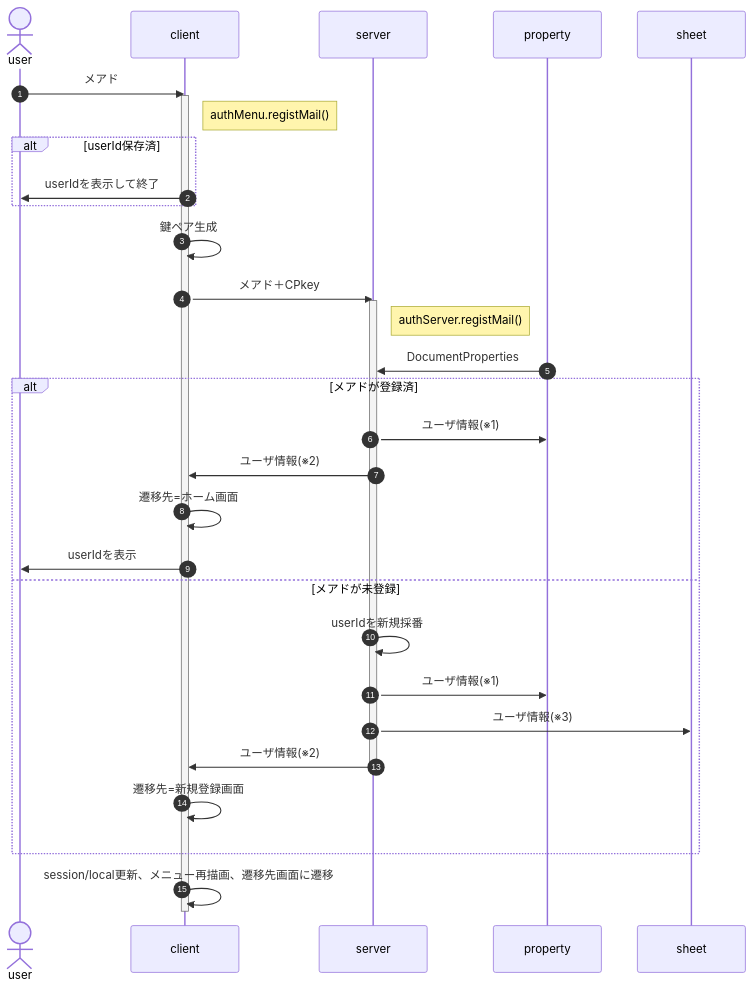
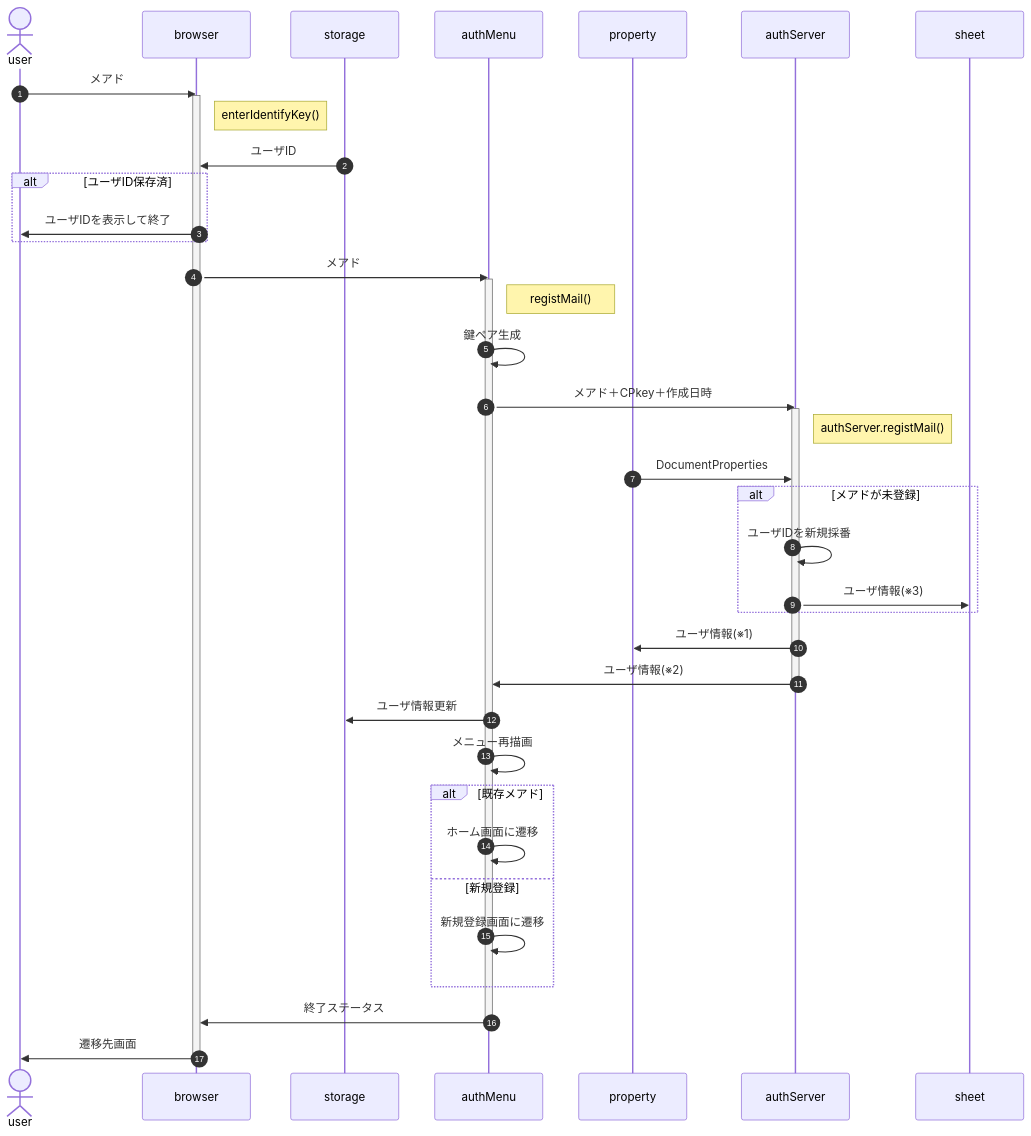
Before and after one commit to nakaone/library: the diagram in authMenu/1.0.0/doc/entry.md, drawn with Mermaid. The commit also changed other lines of this file and 1 other file, not shown here.

Commit message:
新規登録の手順を見直し

````diff
--- a/authMenu/1.0.0/doc/entry.md
+++ b/authMenu/1.0.0/doc/entry.md
@@ -5,36 +5,46 @@
 ```mermaid
 sequenceDiagram
   autonumber
   actor user
-  participant client
-  participant server
+  participant browser
+  participant storage
+  participant client as authMenu
   participant property
+  participant server as authServer
   participant sheet
 
-  user ->> client : メアド
+  user ->> browser : メアド
+  activate browser
+  Note right of browser : enterIdentifyKey()
+  storage ->> browser : ユーザID
+  alt ユーザID保存済
+    browser ->> user : ユーザIDを表示して終了
+  end
+  browser ->> client : メアド
   activate client
-  Note right of client : authMenu.registMail()
-  alt userId保存済
-    client ->> user : userIdを表示して終了
-  end
+  Note right of client : registMail()
   client ->> client : 鍵ペア生成
-  client ->> server : メアド＋CPkey
+  client ->> server : メアド＋CPkey＋作成日時
   activate server
   Note right of server : authServer.registMail()
   property ->> server : DocumentProperties
-  alt メアドが登録済
-    server ->> property : ユーザ情報(※1)
-    server ->> client : ユーザ情報(※2)
-    client ->> client : 遷移先=ホーム画面
-    client ->> user : userIdを表示
-  else メアドが未登録
-    server ->> server : userIdを新規採番
-    server ->> property : ユーザ情報(※1)
+  alt メアドが未登録
+    server ->> server : ユーザIDを新規採番
     server ->> sheet : ユーザ情報(※3)
-    server ->> client : ユーザ情報(※2)
-    deactivate server
-    client ->> client : 遷移先=新規登録画面
   end
-  client ->> client : session/local更新、メニュー再描画、遷移先画面に遷移
+  server ->> property : ユーザ情報(※1)
+  server ->> client : ユーザ情報(※2)
+  deactivate server
+
+  client ->> storage : ユーザ情報更新
+  client ->> client : メニュー再描画
+  alt 既存メアド
+    client ->> client : ホーム画面に遷移
+  else 新規登録
+    client ->> client : 新規登録画面に遷移
+  end
+  client ->> browser : 終了ステータス
   deactivate client
+  browser ->> user : 遷移先画面
+  deactivate browser
 ```
````
